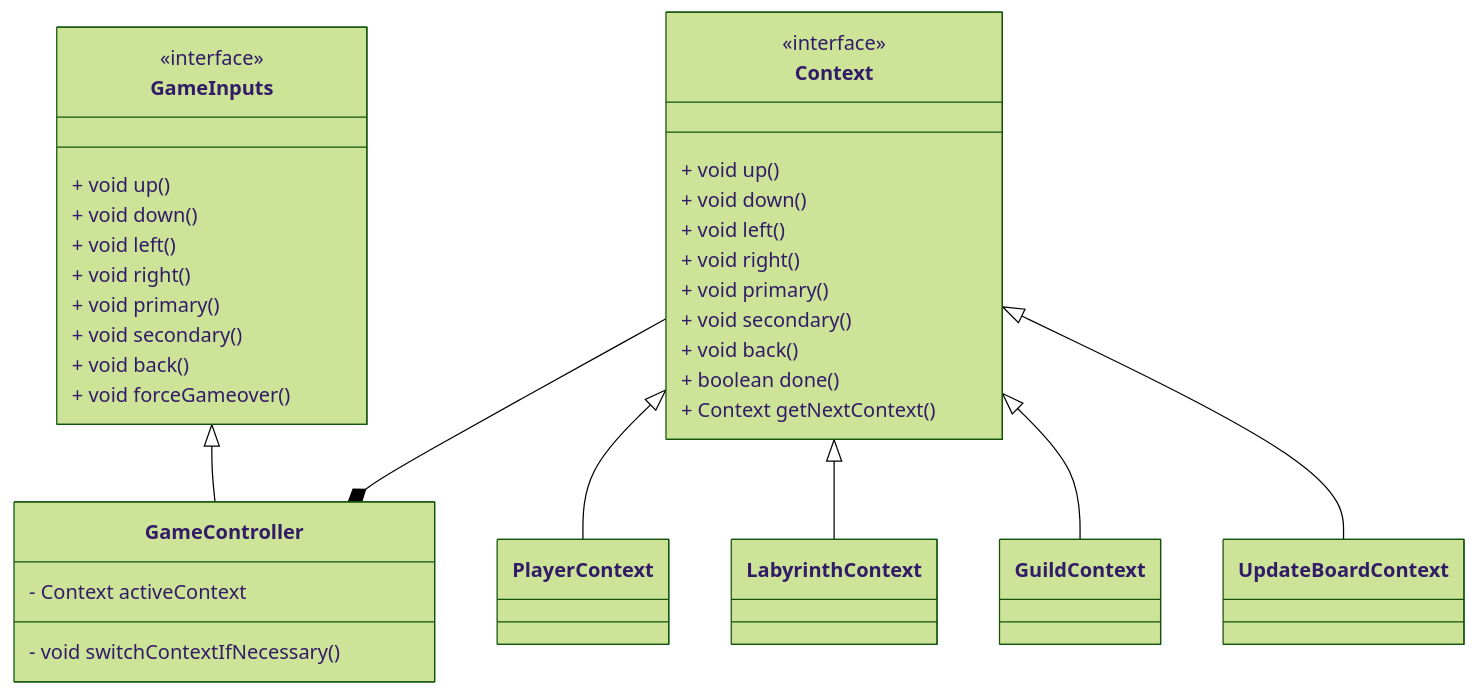
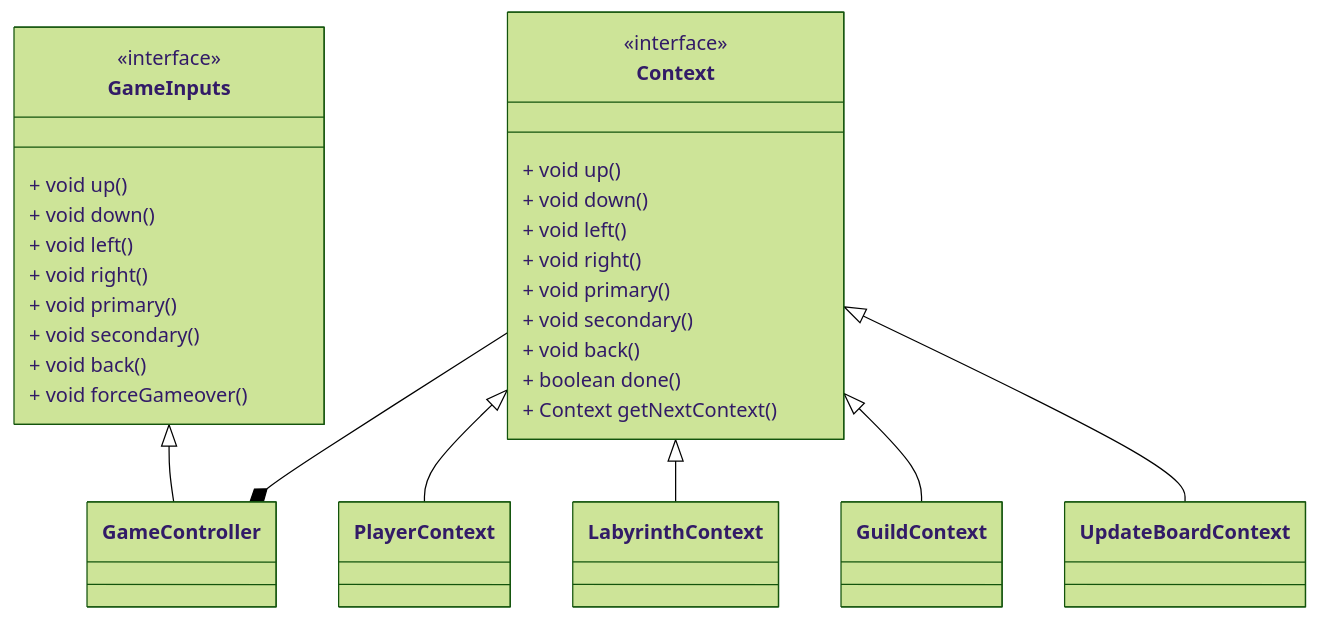
The third of 14 diagrams in report.md (unibo-oop-projects/OOP23-Carletti-Catena-DallAra-DallaTheMage-MatteoGodzilla-MattiaRocchi-Labyrinth), drawn with Mermaid (forest theme) before and after one commit. The commit also changed other lines of this file, not shown here.

Commit message:
added final UML in 2.2.2 and permalinks for my part in 3.2.2

````diff
--- a/report.md
+++ b/report.md
@@ -226,37 +223,34 @@
 ```mermaid
 classDiagram
   GameInputs <|-- GameController
   Context --* GameController
   Context <|-- PlayerContext
   Context <|-- LabyrinthContext
   Context <|-- GuildContext
   Context <|-- UpdateBoardContext
 
   class GameInputs {
     <<interface>>
     + void up()
     + void down()
     + void left()
     + void right()
     + void primary()
     + void secondary()
     + void back()
     + void forceGameover()
   }
-  class GameController {
-    - Context activeContext
-    - void switchContextIfNecessary()
-  }
+  class GameController { }
   class Context {
     <<interface>>
     + void up()
     + void down()
     + void left()
     + void right()
     + void primary()
     + void secondary()
     + void back()
     + boolean done()
     + Context getNextContext()
   }
 ```
````
